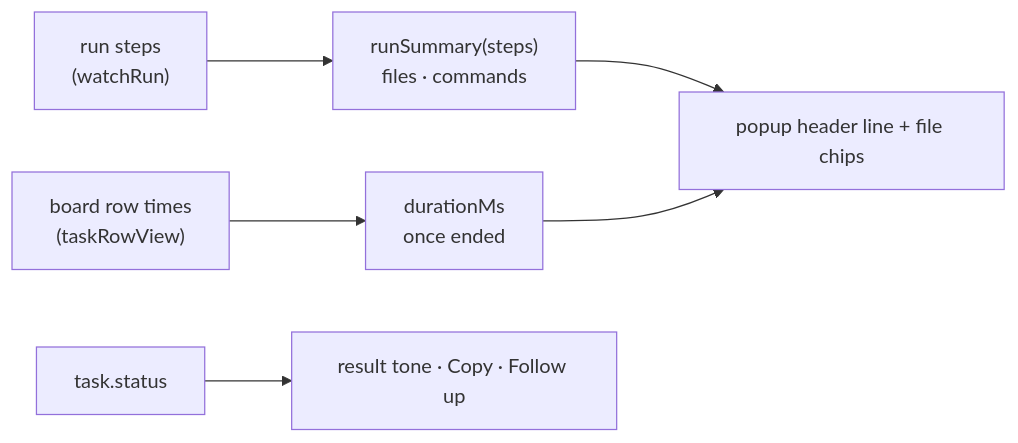
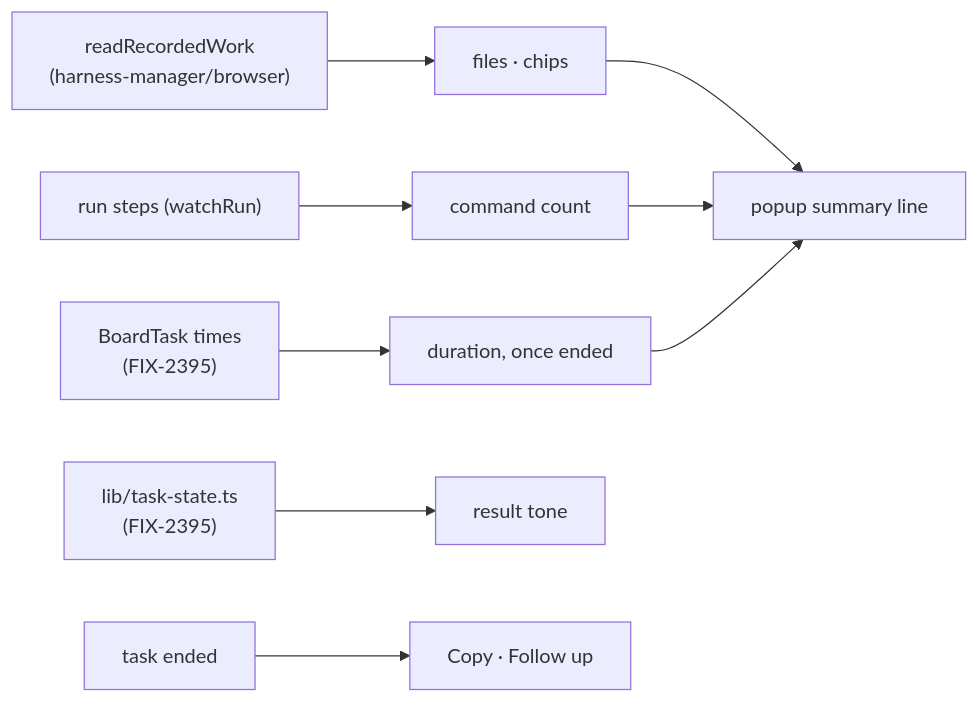
The diagram in specs/issues/FIX-2396/SPEC.md (fixpoint-labs/flow-state-dev), drawn with Mermaid before and after one commit. The commit also changed other lines of this file and 1 other file, not shown here.

First line of the commit message:
spec(FIX-2396): read files from readRecordedWork; depend on FIX-2395 for times and tone

````diff
--- a/specs/issues/FIX-2396/SPEC.md
+++ b/specs/issues/FIX-2396/SPEC.md
@@ -28,8 +34,11 @@
 ```mermaid
 flowchart LR
-  R["run steps<br/>(watchRun)"] --> S["runSummary(steps)<br/>files · commands"]
-  T["board row times<br/>(taskRowView)"] --> D["durationMs<br/>once ended"]
-  S --> H["popup header line + file chips"]
+  W["readRecordedWork<br/>(harness-manager/browser)"] --> F["files · chips"]
+  R["run steps (watchRun)"] --> N["command count"]
+  T["BoardTask times<br/>(FIX-2395)"] --> D["duration, once ended"]
+  F --> H["popup summary line"]
+  N --> H
   D --> H
-  B["task.status"] --> C["result tone · Copy · Follow up"]
+  S["lib/task-state.ts<br/>(FIX-2395)"] --> C["result tone"]
+  B["task ended"] --> A["Copy · Follow up"]
 ```
````
